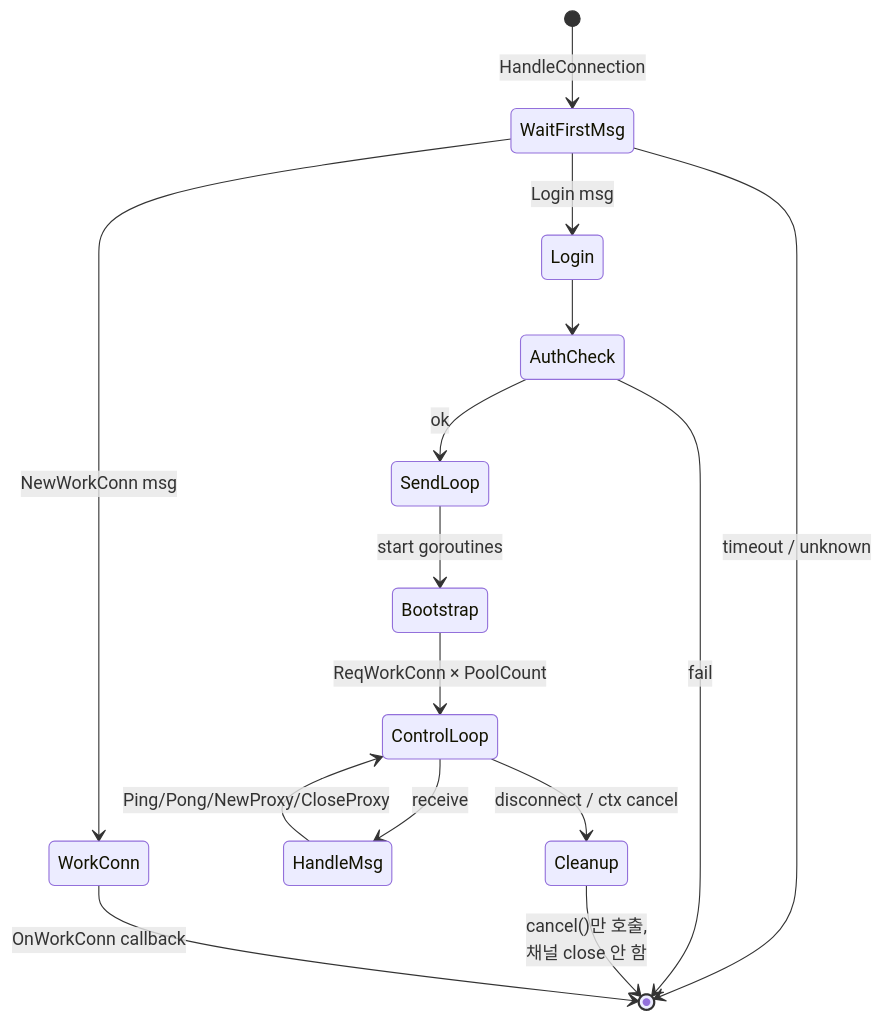
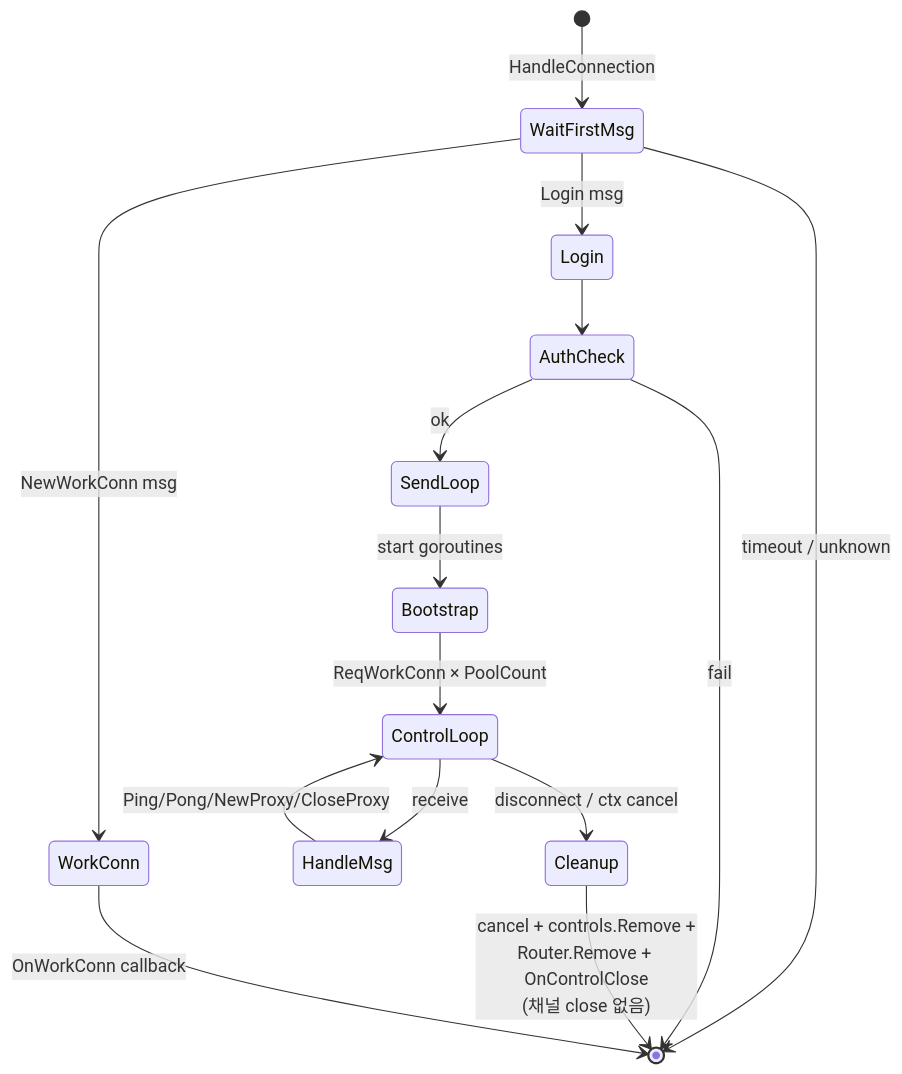
One commit to cagojeiger/drp changed the fourth of 15 diagrams in docs/architecture/components.md. Above: the diagram before and after it, drawn with Mermaid.

Commit message:
docs: fix stateDiagram Cleanup label to match full cleanupControlSession sequence
Codex round-2 review caught the state diagram at components.md:144
still claiming 'cancel()만 호출' (only cancel is called). That label
contradicted the corrected sequence documented immediately below.

Updated to: 'cancel + controls.Remove + Router.Remove + OnControlClose
(채널 close 없음)'.

````diff
--- a/docs/architecture/components.md
+++ b/docs/architecture/components.md
@@ -130,17 +130,17 @@
 ```mermaid
 stateDiagram-v2
     [*] --> WaitFirstMsg: HandleConnection
     WaitFirstMsg --> Login: Login msg
     WaitFirstMsg --> WorkConn: NewWorkConn msg
     WaitFirstMsg --> [*]: timeout / unknown
     Login --> AuthCheck
     AuthCheck --> [*]: fail
     AuthCheck --> SendLoop: ok
     SendLoop --> Bootstrap: start goroutines
     Bootstrap --> ControlLoop: ReqWorkConn × PoolCount
     ControlLoop --> HandleMsg: receive
     HandleMsg --> ControlLoop: Ping/Pong/NewProxy/CloseProxy
     ControlLoop --> Cleanup: disconnect / ctx cancel
-    Cleanup --> [*]: cancel()만 호출,<br/>채널 close 안 함
+    Cleanup --> [*]: cancel + controls.Remove +<br/>Router.Remove + OnControlClose<br/>(채널 close 없음)
     WorkConn --> [*]: OnWorkConn callback
 ```
````
